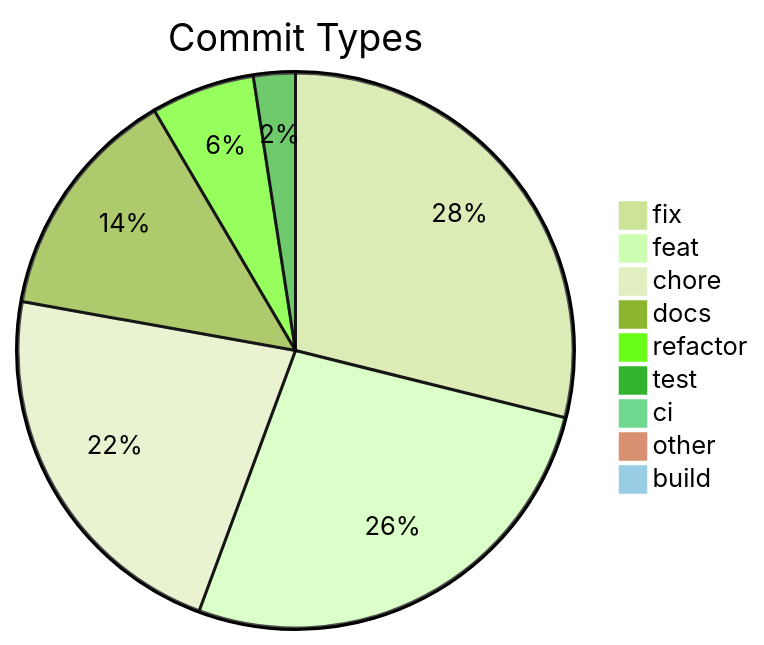
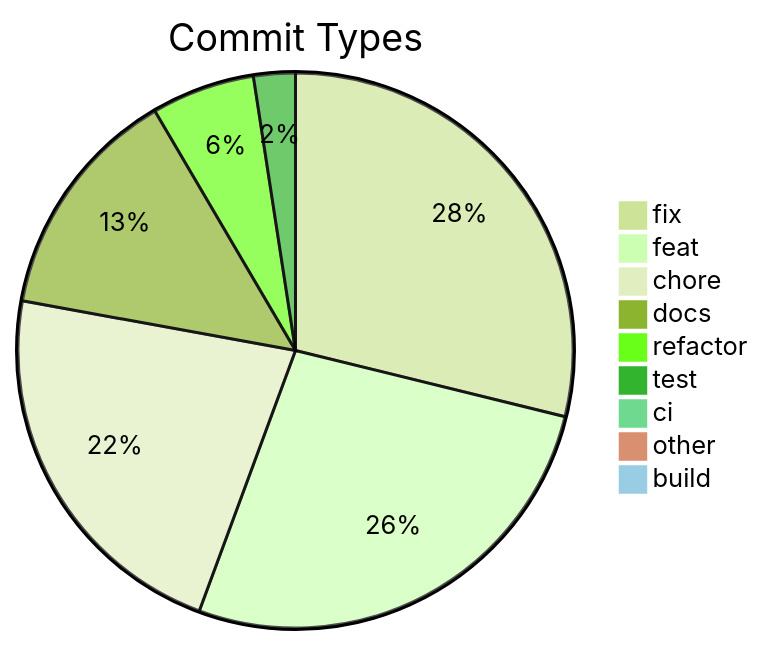
One commit to svenroth-ai/shipwright changed the diagram in .shipwright/compliance/change-history.md. Above: the diagram before and after it, drawn with Mermaid (forest theme). The commit also changed other lines of this file and 7 other files, not shown here.

````diff
--- a/.shipwright/compliance/change-history.md
+++ b/.shipwright/compliance/change-history.md
@@ -8,12 +8,12 @@
 ```mermaid
 pie title Commit Types
     "fix" : 297
-    "feat" : 275
-    "chore" : 228
+    "feat" : 276
+    "chore" : 229
     "docs" : 141
     "refactor" : 62
     "test" : 25
     "ci" : 7
     "other" : 7
     "build" : 1
 ```
````
